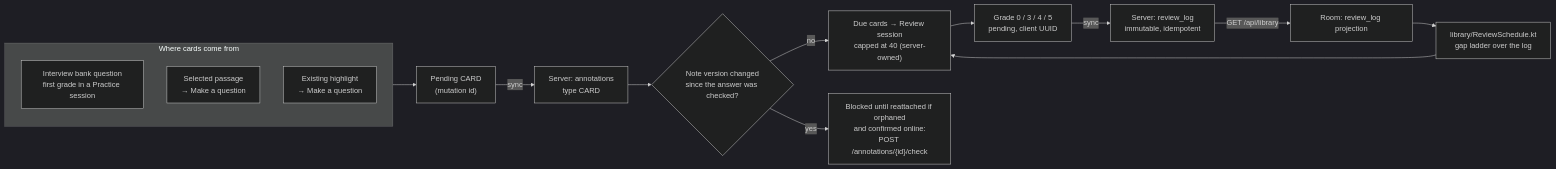
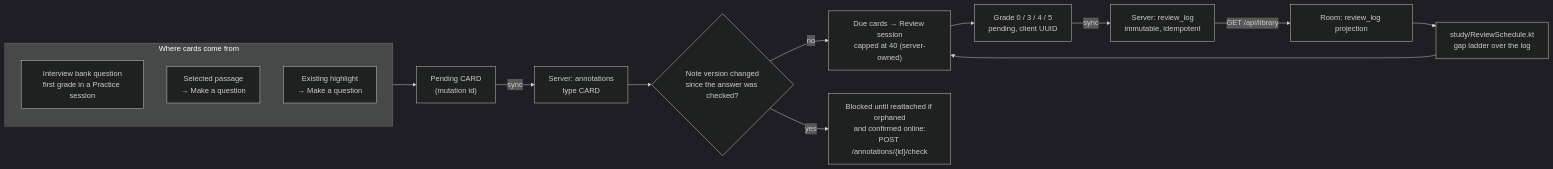
One commit to jaxwong/reporead changed diagram 11 of 12 in docs/architecture.md. Above: the diagram before and after it, drawn with Mermaid (dark theme). The commit also changed other lines of this file and 4 other files, not shown here.

````diff
--- a/docs/architecture.md
+++ b/docs/architecture.md
@@ -520,24 +522,24 @@
 ```mermaid
 flowchart LR
     subgraph Sources["Where cards come from"]
         Bank["Interview bank question<br/>first grade in a Practice session"]
         Sel["Selected passage<br/>→ Make a question"]
         HL["Existing highlight<br/>→ Make a question"]
     end
 
     Card["Pending CARD<br/>(mutation id)"]
     Sources --> Card
     Card -- "sync" --> SrvCard["Server: annotations<br/>type CARD"]
 
     Grade["Grade 0 / 3 / 4 / 5<br/>pending, client UUID"]
     Grade -- "sync" --> Log["Server: review_log<br/>immutable, idempotent"]
     Log -- "GET /api/library" --> Proj["Room: review_log projection"]
-    Proj --> Ladder["library/ReviewSchedule.kt<br/>gap ladder over the log"]
+    Proj --> Ladder["study/ReviewSchedule.kt<br/>gap ladder over the log"]
     Ladder --> Due["Due cards → Review session<br/>capped at 40 (server-owned)"]
     Due --> Grade
 
     Changed{"Note version changed<br/>since the answer was checked?"}
     SrvCard --> Changed
     Changed -- "yes" --> Check["Blocked until reattached if orphaned<br/>and confirmed online:<br/>POST /annotations/{id}/check"]
     Changed -- "no" --> Due
 ```
````
